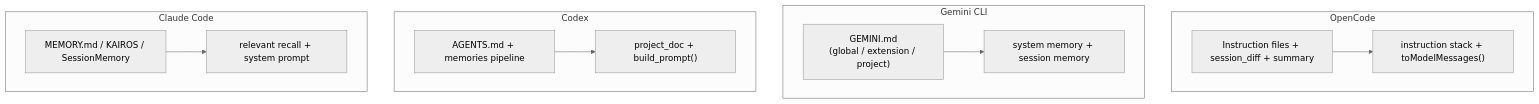
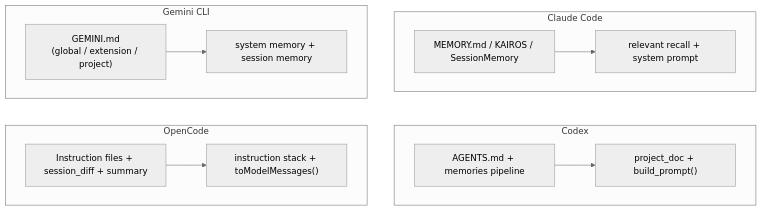
Before and after one commit to feuyeux/hello-olleh: the fourth of 4 diagrams in hello-harness/06-context-and-memory.md, drawn with Mermaid. The commit also changed other lines of this file, not shown here.

Commit message:
docs: refine state and memory comparison in harness

````diff
--- a/hello-harness/06-context-and-memory.md
+++ b/hello-harness/06-context-and-memory.md
@@ -386,35 +391,34 @@
 ```mermaid
 %%{init: {'theme': 'neutral'}}%%
-flowchart LR
+flowchart TB
     subgraph Claude["Claude Code"]
         direction LR
         C1["MEMORY.md / KAIROS / SessionMemory"]
         C2["relevant recall + system prompt"]
         C1 --> C2
     end
 
     subgraph Codex["Codex"]
         direction LR
         X1["AGENTS.md + memories pipeline"]
         X2["project_doc + build_prompt()"]
         X1 --> X2
     end
 
     subgraph Gemini["Gemini CLI"]
         direction LR
         G1["GEMINI.md\n(global / extension / project)"]
         G2["system memory + session memory"]
         G1 --> G2
     end
 
     subgraph OpenCode["OpenCode"]
         direction LR
         O1["Instruction files + session_diff + summary"]
         O2["instruction stack + toModelMessages()"]
         O1 --> O2
     end
 
-    C2 ~~~ X1
-    X2 ~~~ G1
-    G2 ~~~ O1
+    G1 ~~~ O2    
+    C1 ~~~ X2
 ```
````
